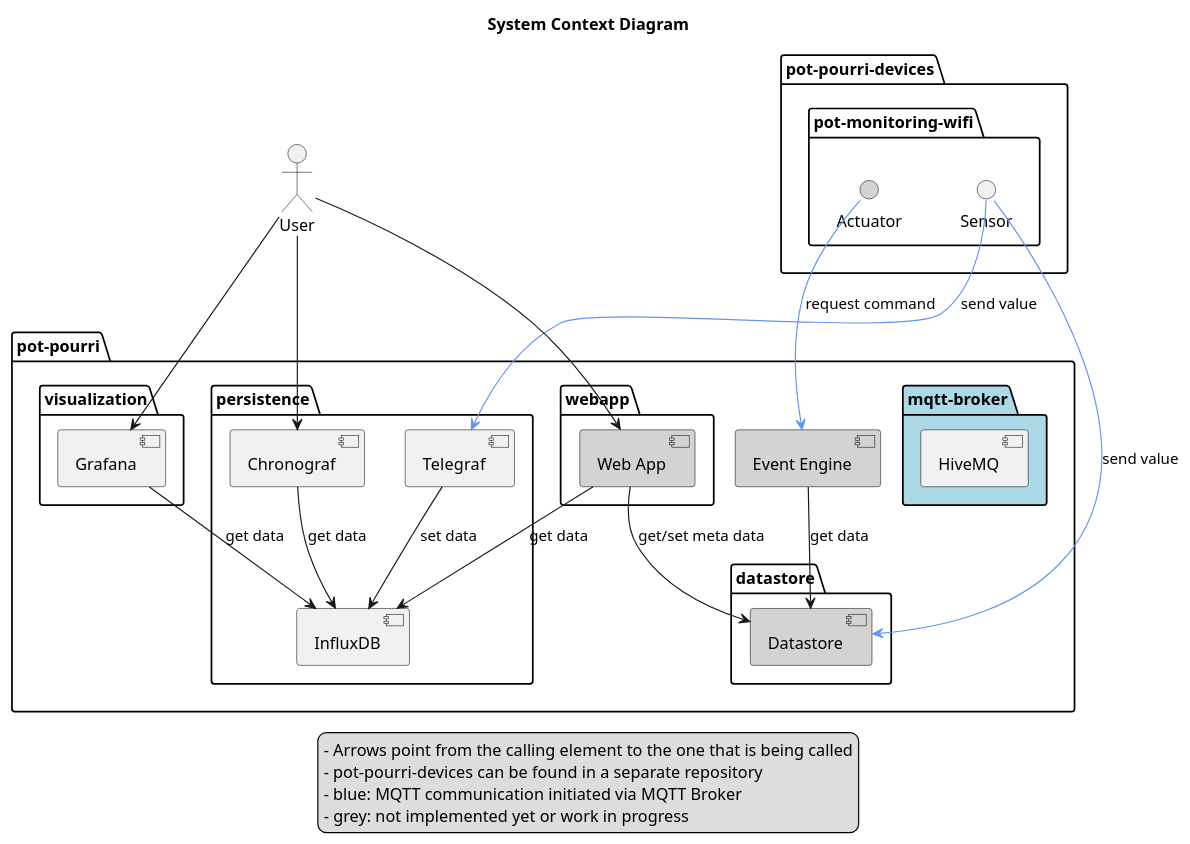
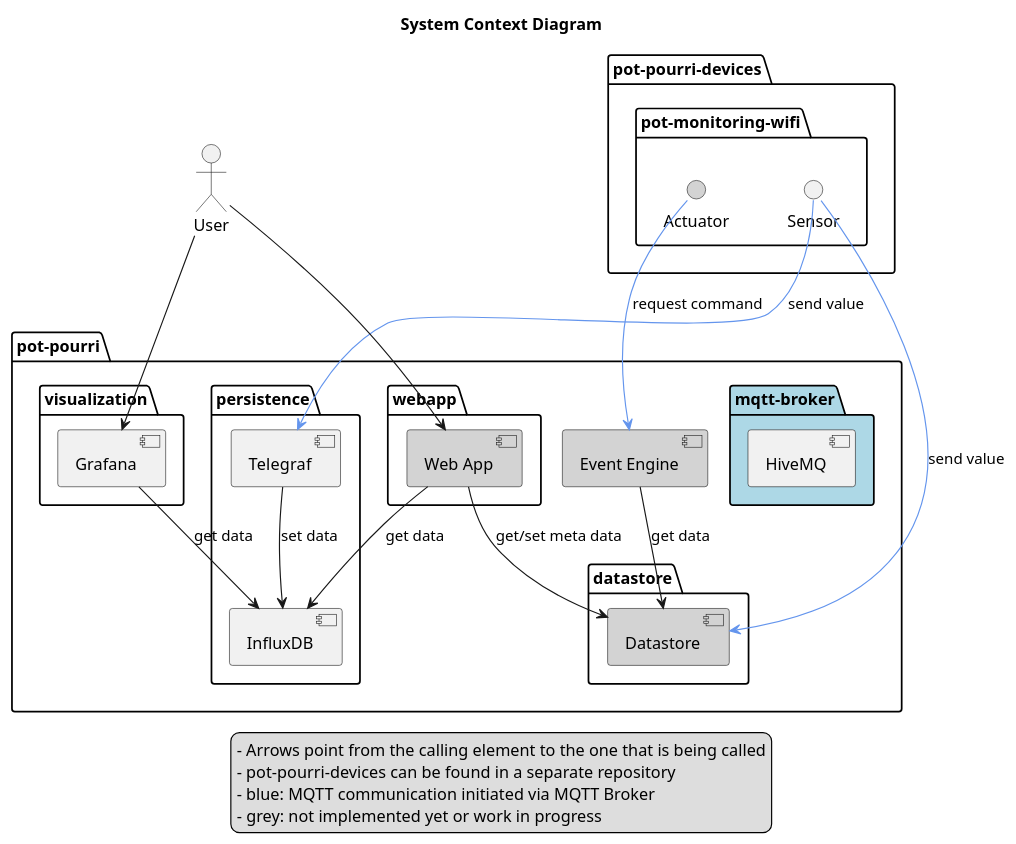
One commit to frederikheld/pot-pourri changed the diagram in docs/system_context.plantuml. Above: the diagram before and after it, drawn with PlantUML. The commit also changed 7 other files, not shown here.

```diff
--- a/docs/system_context.plantuml
+++ b/docs/system_context.plantuml
@@ -1,66 +1,63 @@
 @startuml
 skinparam componentStyle uml2
 
 title System Context Diagram
 
 actor User
 
 package "pot-pourri" {
     [Event Engine] #LightGrey
 
     package "mqtt-broker" #LightBlue {  
         [HiveMQ] as MQTTBroker
     }
 
     package "persistence" {
         [InfluxDB]
         [Telegraf]
-        [Chronograf]
     }
     
     package "visualization" {
         [Grafana]
     }
 
     package "webapp" {
         [Web App] #LightGrey
     }
 
     package "datastore" {
         [Datastore] #LightGrey
     }
 }
 
 package "pot-pourri-devices" {
     package "pot-monitoring-wifi" {
         () "Sensor"
         () "Actuator" #LightGrey
     }
 }
 
 User --> [Grafana]
-User --> [Chronograf]
 
 [Grafana] --> [InfluxDB] : get data
-[Chronograf] --> [InfluxDB] : get data
 
 [Sensor] --> [Telegraf] #CornflowerBlue : send value
 [Sensor] --> [Datastore] #CornflowerBlue : send value
 [Telegraf] --> [InfluxDB] : set data
 
 User --> [Web App]
 [Web App] --> [Datastore] : get/set meta data
 [Web App] --> [InfluxDB] : get data
 
 [Event Engine] --> [Datastore] : get data
 [Actuator] --> [Event Engine] #CornflowerBlue : request command
 
 legend 
     - Arrows point from the calling element to the one that is being called
     - pot-pourri-devices can be found in a separate repository
     - blue: MQTT communication initiated via MQTT Broker
     - grey: not implemented yet or work in progress
     'Devices have to call other participants in order to allow energy savings with deep-sleep mode.
     'Deep-sleep mode might not be relevant for Actuators since they will need a lot more energy and therefore an external power supply.
 endlegend
 @enduml
```
